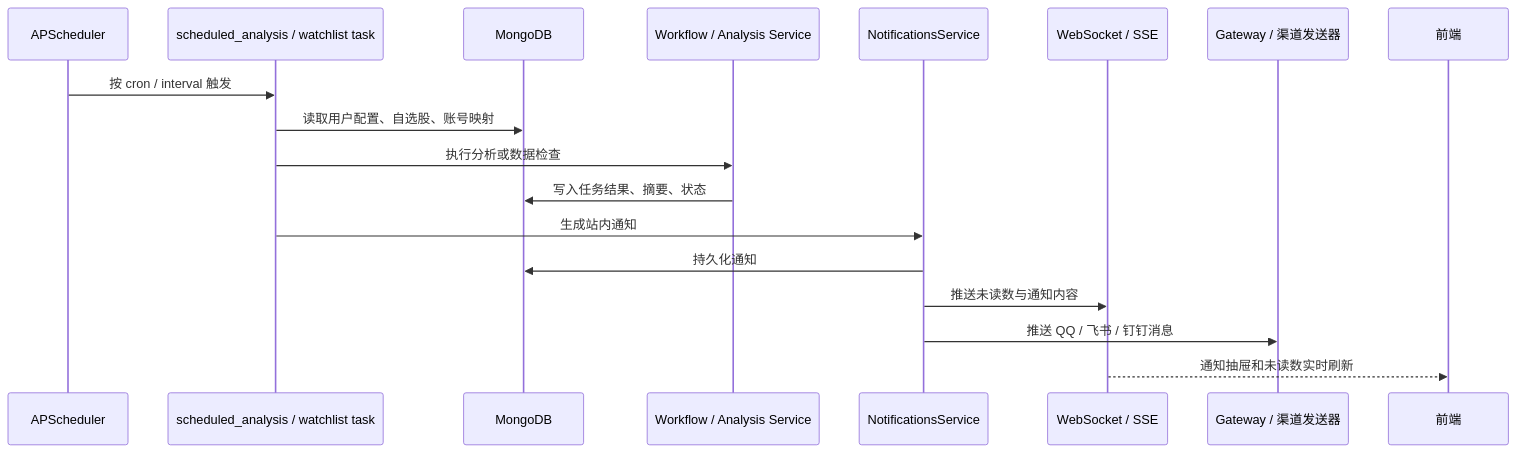
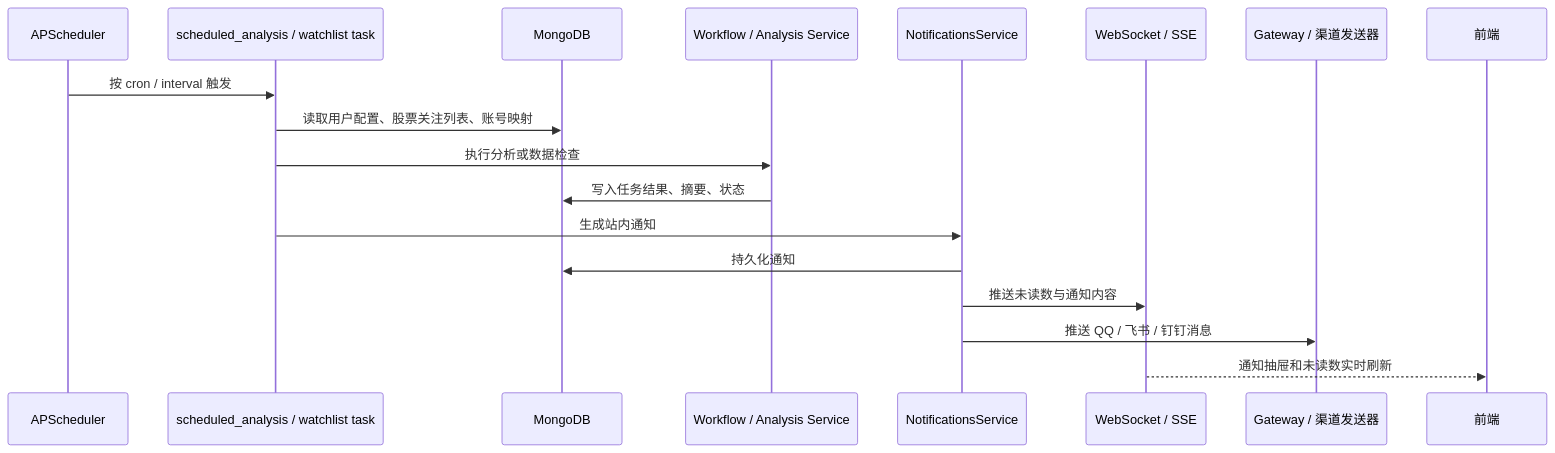
One commit to hsliuping/TradingAgents-CN changed the third of 5 diagrams in docs/03-development/architecture/data-flow.md. Above: the diagram before and after it, drawn with Mermaid. The commit also changed other lines of this file and 70 other files, not shown here.

````diff
--- a/docs/03-development/architecture/data-flow.md
+++ b/docs/03-development/architecture/data-flow.md
@@ -82,21 +82,21 @@
 ```mermaid
 sequenceDiagram
     participant SCH as APScheduler
     participant JOB as scheduled_analysis / watchlist task
     participant MG as MongoDB
     participant WF as Workflow / Analysis Service
     participant NS as NotificationsService
     participant WS as WebSocket / SSE
     participant IM as Gateway / 渠道发送器
     participant FE as 前端
 
     SCH->>JOB: 按 cron / interval 触发
-    JOB->>MG: 读取用户配置、自选股、账号映射
+    JOB->>MG: 读取用户配置、股票关注列表、账号映射
     JOB->>WF: 执行分析或数据检查
     WF->>MG: 写入任务结果、摘要、状态
     JOB->>NS: 生成站内通知
     NS->>MG: 持久化通知
     NS->>WS: 推送未读数与通知内容
     NS->>IM: 推送 QQ / 飞书 / 钉钉消息
     WS-->>FE: 通知抽屉和未读数实时刷新
 ```
````
